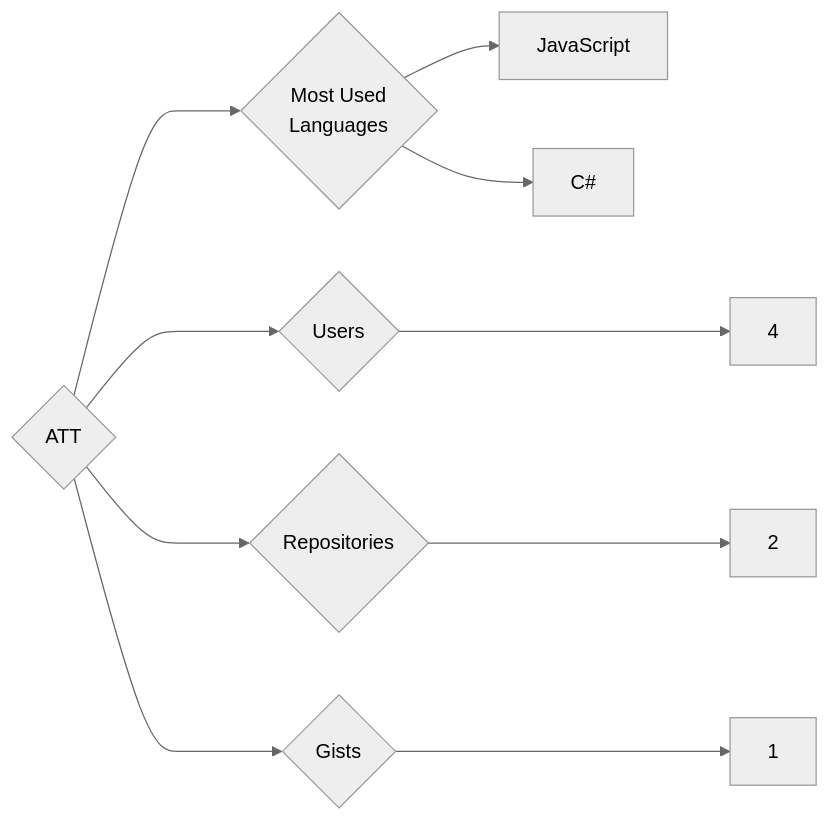
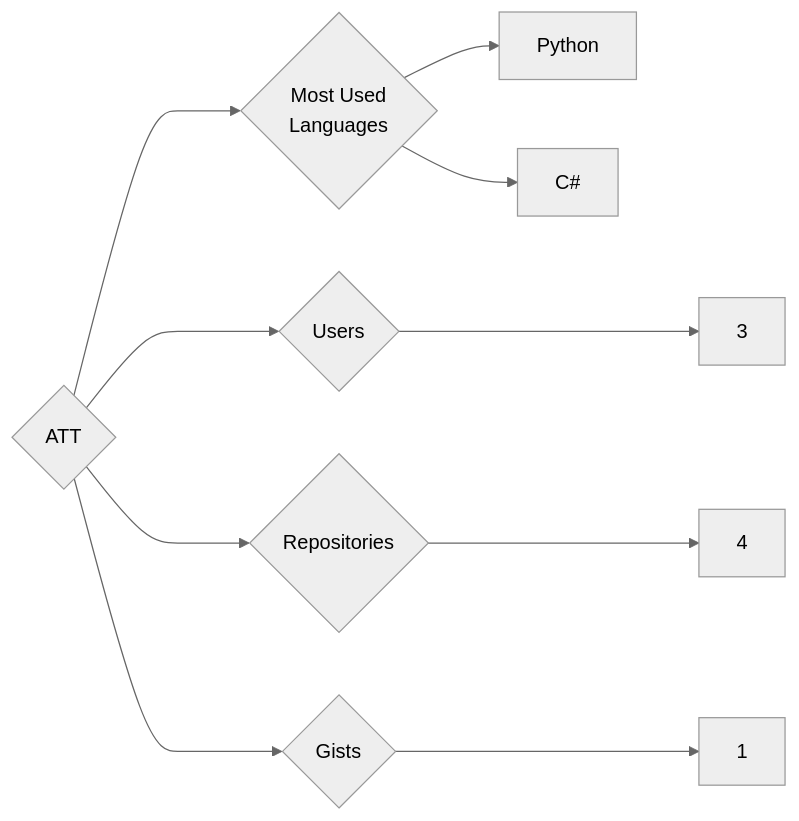
The diagram in targets/ATT/README.md (trickest/insiders), drawn with Mermaid (neutral theme) before and after one commit. The commit also changed 1092 other files, not shown here.

````diff
--- a/targets/ATT/README.md
+++ b/targets/ATT/README.md
@@ -3,10 +3,10 @@
 ```mermaid
 graph LR
 COMPANY_NAME{ATT}
-COMPANY_NAME ---> U{Users} ---> UN[4]
-COMPANY_NAME ---> R{Repositories} ---> RN[2]
+COMPANY_NAME ---> U{Users} ---> UN[3]
+COMPANY_NAME ---> R{Repositories} ---> RN[4]
 COMPANY_NAME ---> G{Gists} ---> GN[1]
 COMPANY_NAME ---> ML{Most Used<br>Languages}
-ML --> JavaScript[JavaScript]
+ML --> Python[Python]
 ML --> C#[C#]
 ```
````
